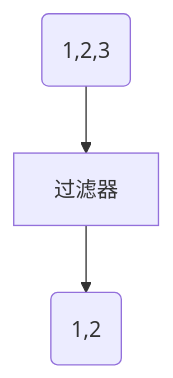
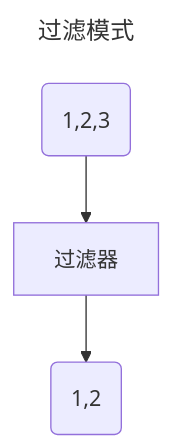
The third of 17 diagrams in doc/数据技术/数据处理.md (0xcaffebabe/note), drawn with Mermaid before and after one commit. The commit also changed other lines of this file, not shown here.

````diff
--- a/doc/数据技术/数据处理.md
+++ b/doc/数据技术/数据处理.md
@@ -68,5 +67,8 @@
 ```mermaid
+---
+title: 过滤模式
+---
 flowchart
   数据集(1,2,3) --> 过滤器
   过滤器 --> 工作流(1,2)
 ```
````
